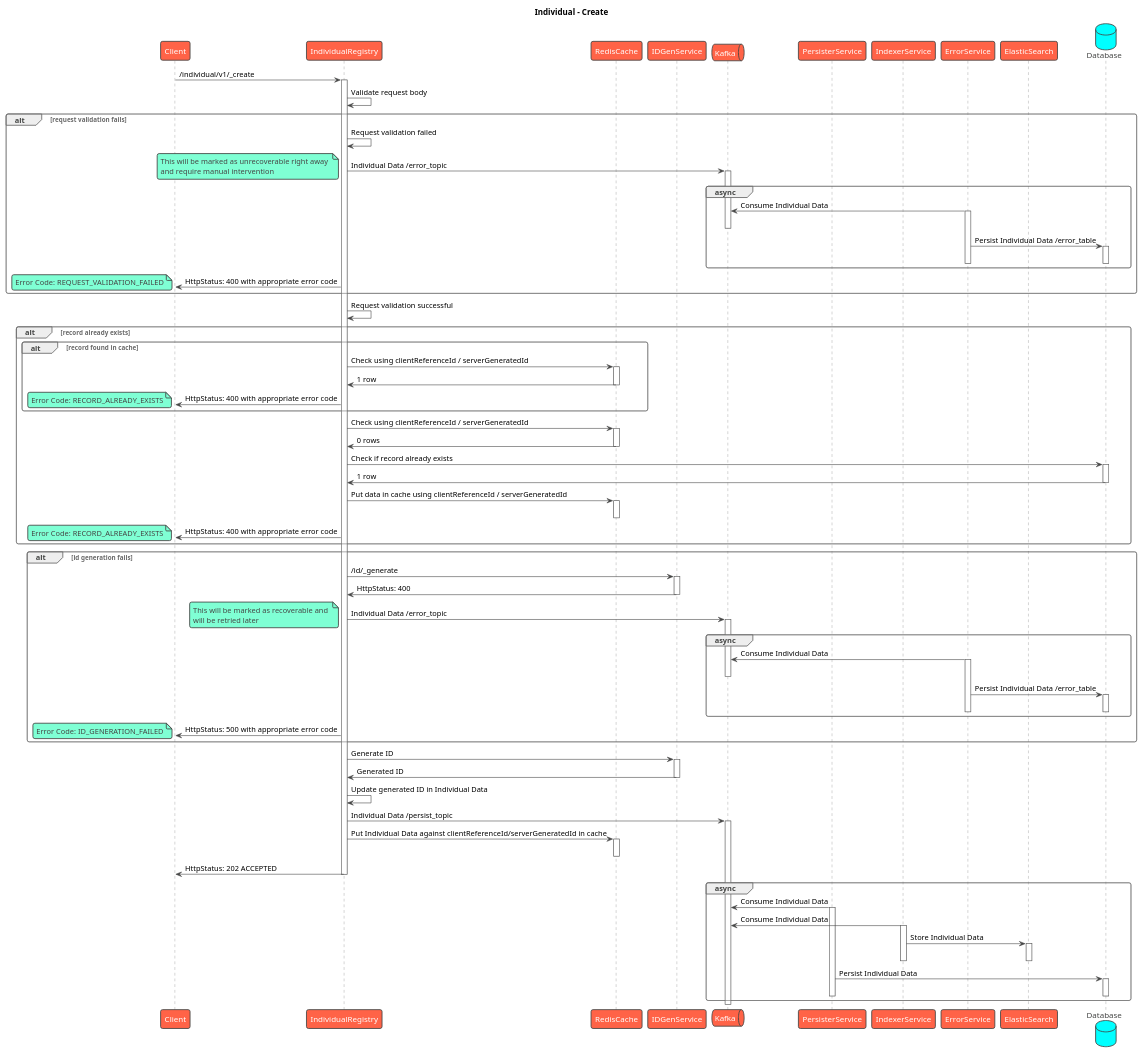
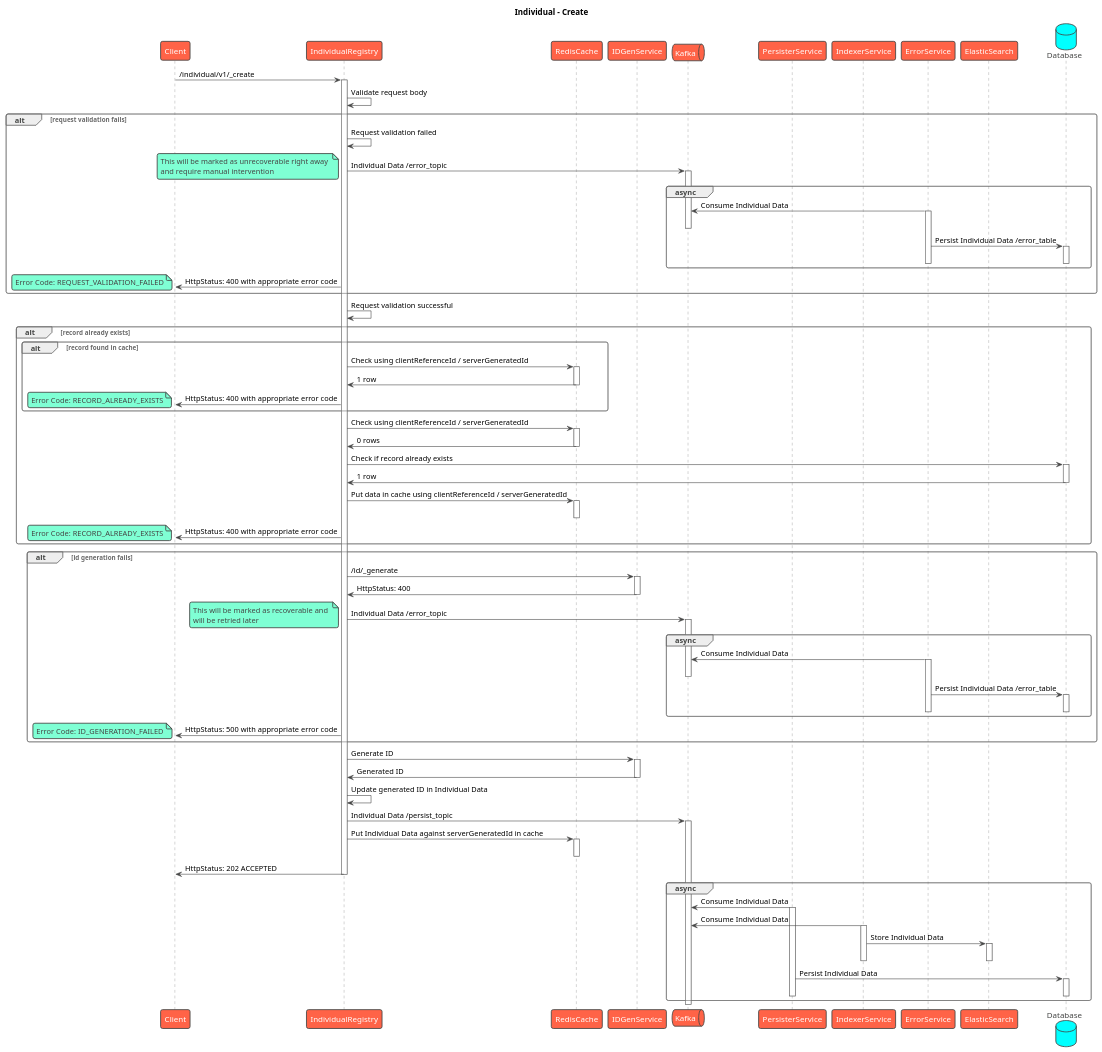
Before and after one commit to egovernments/health-api-specs: the diagram in contracts/registries/individual/sequence/create.puml, drawn with PlantUML. The commit also changed 5 other files, not shown here.

First line of the commit message:
Sequence: Removed clientReferenceId

```diff
--- a/contracts/registries/individual/sequence/create.puml
+++ b/contracts/registries/individual/sequence/create.puml
@@ -1,119 +1,119 @@
 @startuml
 title Individual - Create
 !theme vibrant
 participant Client as c
 participant IndividualRegistry as s
 participant RedisCache as rc
 participant IDGenService as idgen
 queue Kafka as k
 participant PersisterService as prs
 participant IndexerService as idx
 participant ErrorService as es
 participant ElasticSearch as el
 database Database as db
 c -> s : /individual/v1/_create
 activate s
 s -> s: Validate request body
 alt request validation fails
     s -> s: Request validation failed
     s -> k: Individual Data /error_topic
     note left
         This will be marked as unrecoverable right away 
         and require manual intervention
     end note
     activate k
     group async
         es -> k: Consume Individual Data
         activate es
         deactivate k
         es -> db: Persist Individual Data /error_table
         activate db
         deactivate db
         deactivate es
     end
     s -> c: HttpStatus: 400 with appropriate error code
     note left
       Error Code: REQUEST_VALIDATION_FAILED
     end note
 end
 s -> s: Request validation successful
 alt record already exists
     alt record found in cache
       s -> rc: Check using clientReferenceId / serverGeneratedId
       activate rc
       rc -> s: 1 row
       deactivate rc
       s -> c: HttpStatus: 400 with appropriate error code
       note left
           Error Code: RECORD_ALREADY_EXISTS
       end note
     end
     s -> rc: Check using clientReferenceId / serverGeneratedId
     activate rc
     rc -> s: 0 rows
     deactivate rc
     s -> db: Check if record already exists
     activate db
     db -> s: 1 row
     deactivate db
     s -> rc: Put data in cache using clientReferenceId / serverGeneratedId
     activate rc
     deactivate rc
     s -> c: HttpStatus: 400 with appropriate error code
     note left
         Error Code: RECORD_ALREADY_EXISTS
     end note
 end
 alt id generation fails
     s -> idgen: /id/_generate
     activate idgen
     idgen -> s: HttpStatus: 400
     deactivate idgen
     s -> k: Individual Data /error_topic
     note left
         This will be marked as recoverable and 
         will be retried later
     end note
     activate k
     group async
         es -> k: Consume Individual Data
         activate es
         deactivate k
         es -> db: Persist Individual Data /error_table
         activate db
         deactivate db
         deactivate es
     end
     s -> c: HttpStatus: 500 with appropriate error code
     note left
       Error Code: ID_GENERATION_FAILED
     end note
 end
 s -> idgen: Generate ID
 activate idgen
 idgen -> s: Generated ID
 deactivate idgen
 s -> s: Update generated ID in Individual Data
 s -> k: Individual Data /persist_topic
 activate k
-s -> rc: Put Individual Data against clientReferenceId/serverGeneratedId in cache
+s -> rc: Put Individual Data against serverGeneratedId in cache
 activate rc
 deactivate rc
 s -> c: HttpStatus: 202 ACCEPTED
 deactivate s
 group async
     prs -> k: Consume Individual Data
     activate prs
     idx -> k: Consume Individual Data
     activate idx
     idx -> el: Store Individual Data
     activate el
     deactivate el
     deactivate idx
     prs -> db: Persist Individual Data
     activate db
     deactivate db
     deactivate prs
 end
 deactivate k
 @enduml
```
